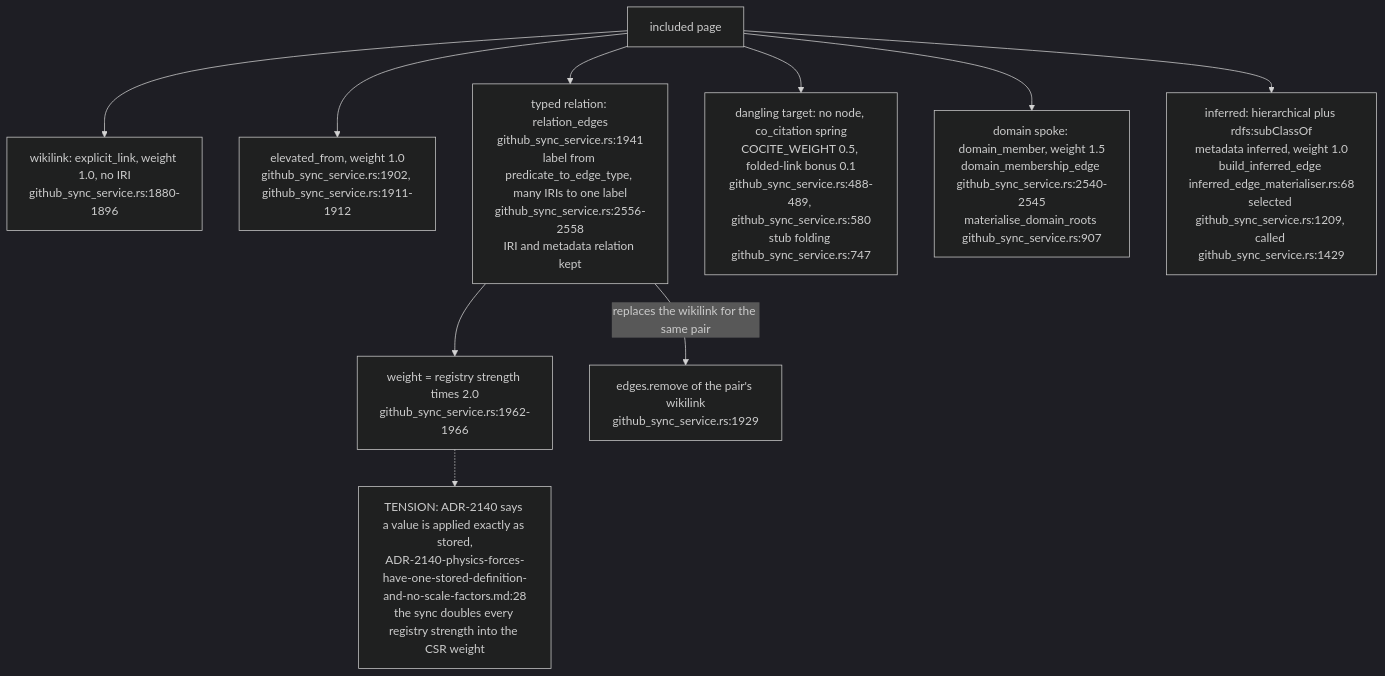
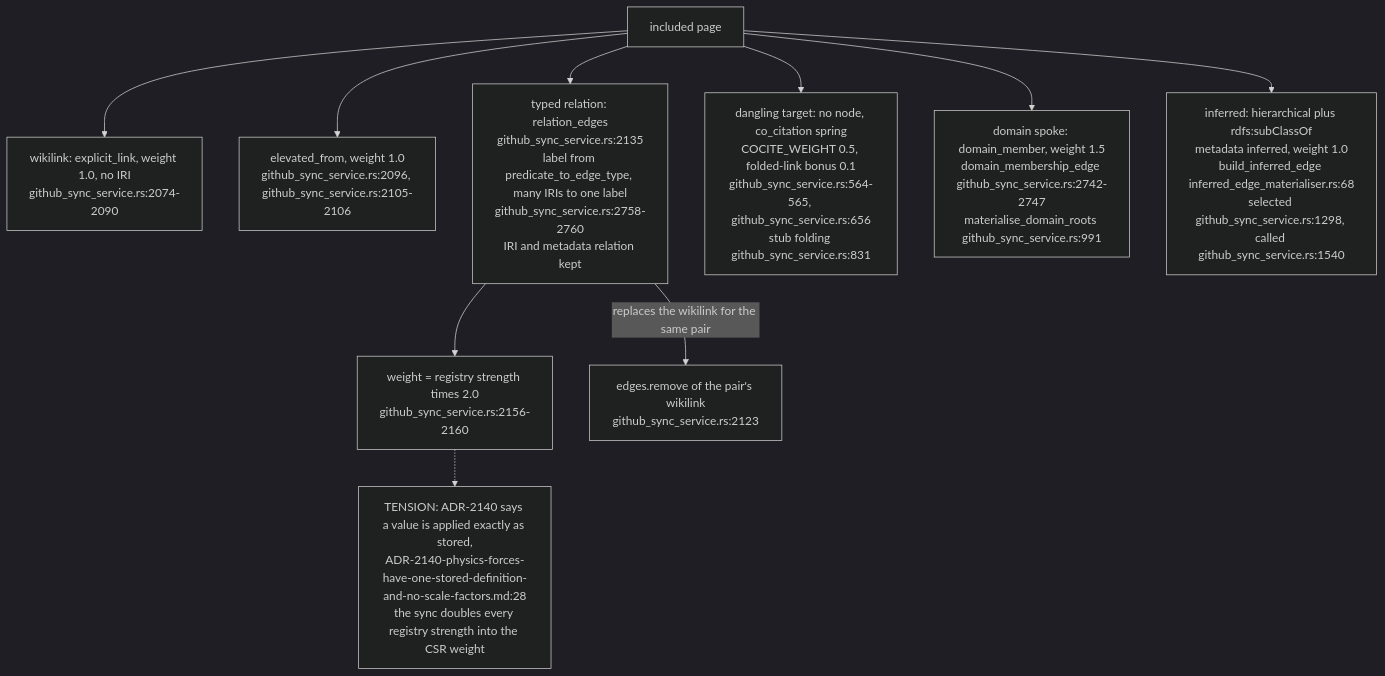
One commit to DreamLab-AI/VisionFlow changed the second of 5 diagrams in docs/diagrams/visionclaw/58-corpus-page-to-gpu-edge.md. Above: the diagram before and after it, drawn with Mermaid (dark theme). The commit also changed other lines of this file and 3 other files, not shown here.

First line of the commit message:
docs(diagrams): roll VC-58..61 to visionclaw main 010e1109b (PR 37 and 38 merged)

````diff
--- a/docs/diagrams/visionclaw/58-corpus-page-to-gpu-edge.md
+++ b/docs/diagrams/visionclaw/58-corpus-page-to-gpu-edge.md
@@ -60,12 +60,12 @@
 ```mermaid
 flowchart TB
-    PAGE["included page"] --> WL["wikilink: explicit_link, weight 1.0, no IRI<br/>github_sync_service.rs:1880-1896"]
-    PAGE --> EL["elevated_from, weight 1.0<br/>github_sync_service.rs:1902, github_sync_service.rs:1911-1912"]
-    PAGE --> TY["typed relation: relation_edges<br/>github_sync_service.rs:1941<br/>label from predicate_to_edge_type, many IRIs to one label<br/>github_sync_service.rs:2556-2558<br/>IRI and metadata relation kept"]
-    TY --> W2["weight = registry strength times 2.0<br/>github_sync_service.rs:1962-1966"]
-    TY -->|"replaces the wikilink for the same pair"| OVR["edges.remove of the pair's wikilink<br/>github_sync_service.rs:1929"]
-    PAGE --> CO["dangling target: no node, co_citation spring<br/>COCITE_WEIGHT 0.5, folded-link bonus 0.1<br/>github_sync_service.rs:488-489, github_sync_service.rs:580<br/>stub folding github_sync_service.rs:747"]
-    PAGE --> DOM["domain spoke: domain_member, weight 1.5<br/>domain_membership_edge github_sync_service.rs:2540-2545<br/>materialise_domain_roots github_sync_service.rs:907"]
-    PAGE --> INF["inferred: hierarchical plus rdfs:subClassOf<br/>metadata inferred, weight 1.0<br/>build_inferred_edge inferred_edge_materialiser.rs:68<br/>selected github_sync_service.rs:1209, called github_sync_service.rs:1429"]
+    PAGE["included page"] --> WL["wikilink: explicit_link, weight 1.0, no IRI<br/>github_sync_service.rs:2074-2090"]
+    PAGE --> EL["elevated_from, weight 1.0<br/>github_sync_service.rs:2096, github_sync_service.rs:2105-2106"]
+    PAGE --> TY["typed relation: relation_edges<br/>github_sync_service.rs:2135<br/>label from predicate_to_edge_type, many IRIs to one label<br/>github_sync_service.rs:2758-2760<br/>IRI and metadata relation kept"]
+    TY --> W2["weight = registry strength times 2.0<br/>github_sync_service.rs:2156-2160"]
+    TY -->|"replaces the wikilink for the same pair"| OVR["edges.remove of the pair's wikilink<br/>github_sync_service.rs:2123"]
+    PAGE --> CO["dangling target: no node, co_citation spring<br/>COCITE_WEIGHT 0.5, folded-link bonus 0.1<br/>github_sync_service.rs:564-565, github_sync_service.rs:656<br/>stub folding github_sync_service.rs:831"]
+    PAGE --> DOM["domain spoke: domain_member, weight 1.5<br/>domain_membership_edge github_sync_service.rs:2742-2747<br/>materialise_domain_roots github_sync_service.rs:991"]
+    PAGE --> INF["inferred: hierarchical plus rdfs:subClassOf<br/>metadata inferred, weight 1.0<br/>build_inferred_edge inferred_edge_materialiser.rs:68<br/>selected github_sync_service.rs:1298, called github_sync_service.rs:1540"]
     W2 -.-> T2140["TENSION: ADR-2140 says a value is applied exactly as stored,<br/>ADR-2140-physics-forces-have-one-stored-definition-and-no-scale-factors.md:28<br/>the sync doubles every registry strength into the CSR weight"]
 ```
````
